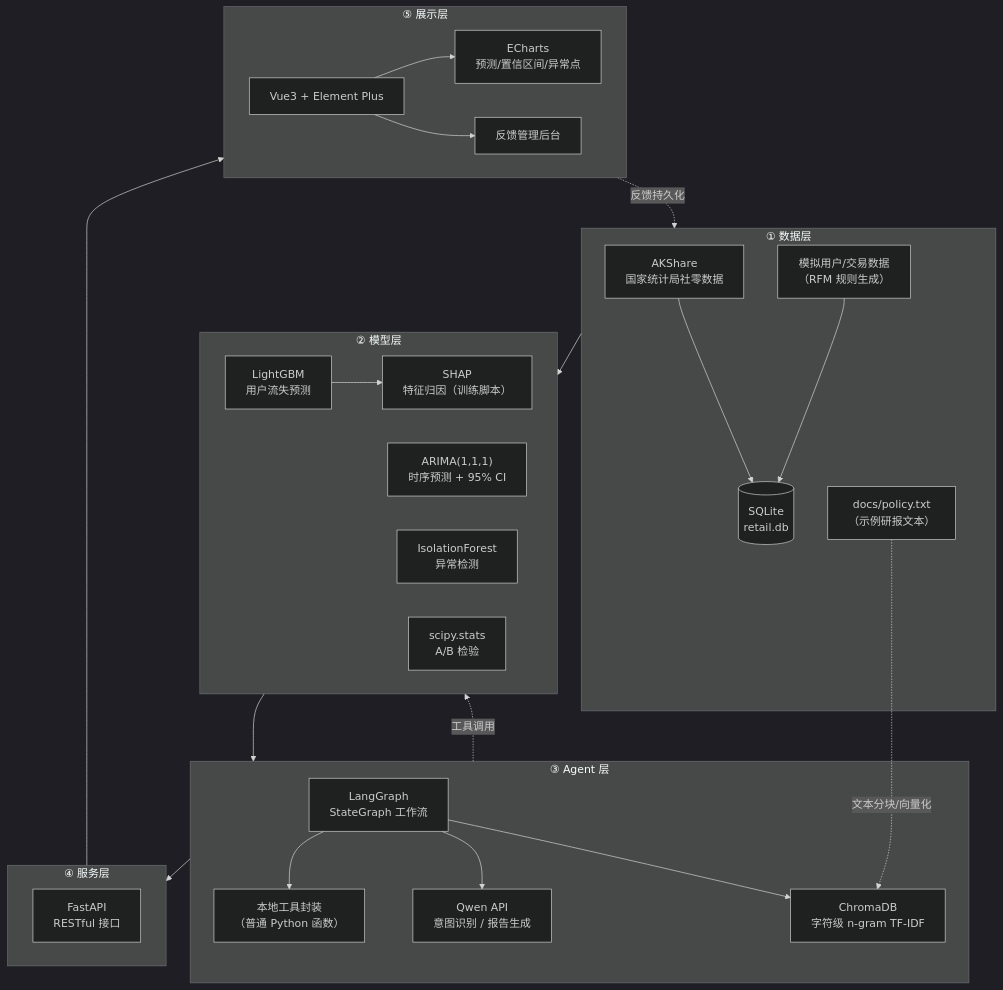
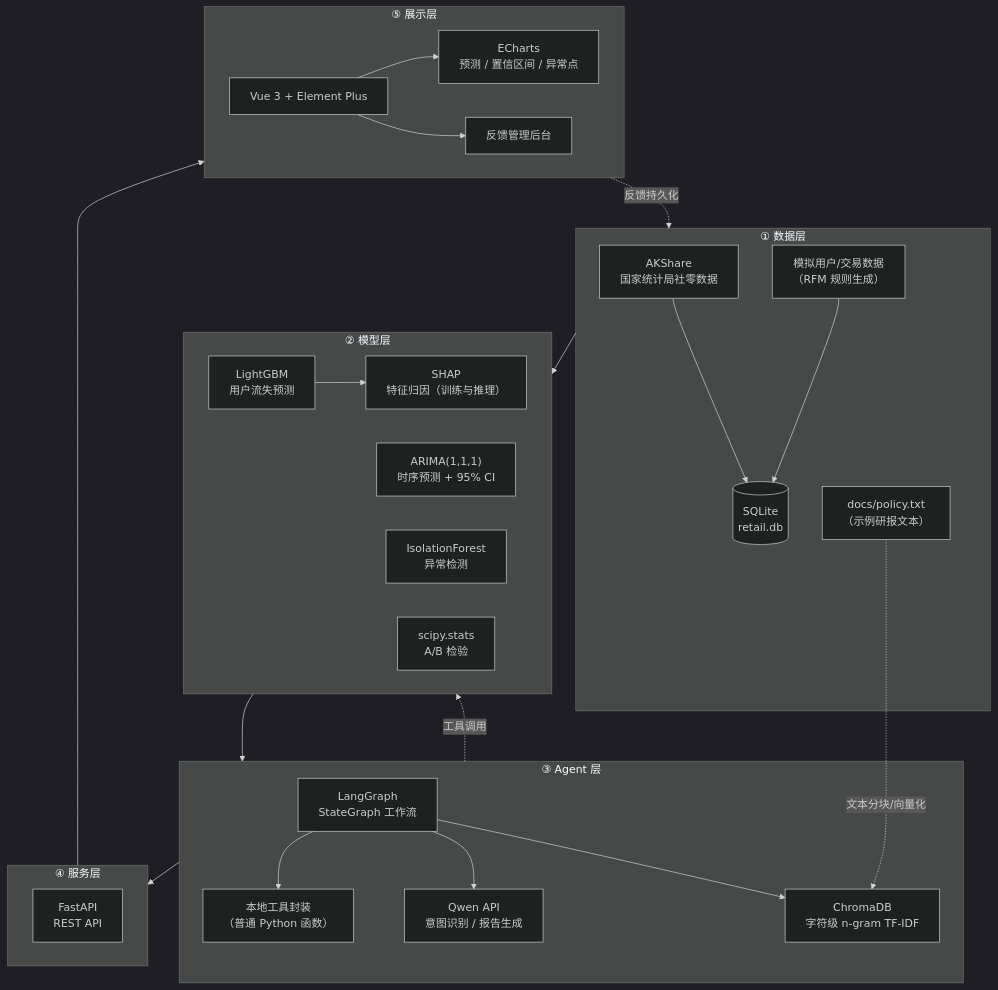
The diagram in README.md (renyj-create/Retail-Macro-Forecast-AI), drawn with Mermaid (dark theme) before and after one commit. The commit also changed other lines of this file, not shown here.

````diff
--- a/README.md
+++ b/README.md
@@ -108,47 +110,47 @@
 ```mermaid
 flowchart TB
     subgraph Data["① 数据层"]
         A1["AKShare<br/>国家统计局社零数据"]
         A2["模拟用户/交易数据<br/>（RFM 规则生成）"]
         A3[("SQLite<br/>retail.db")]
         A4["docs/policy.txt<br/>（示例研报文本）"]
         A1 --> A3
         A2 --> A3
     end
 
     subgraph Model["② 模型层"]
         B1["LightGBM<br/>用户流失预测"]
-        B2["SHAP<br/>特征归因（训练脚本）"]
+        B2["SHAP<br/>特征归因（训练与推理）"]
         B3["ARIMA(1,1,1)<br/>时序预测 + 95% CI"]
         B4["IsolationForest<br/>异常检测"]
         B5["scipy.stats<br/>A/B 检验"]
         B1 --> B2
     end
 
     subgraph Agent["③ Agent 层"]
         C1["LangGraph<br/>StateGraph 工作流"]
         C2["本地工具封装<br/>（普通 Python 函数）"]
         C3["Qwen API<br/>意图识别 / 报告生成"]
         C4["ChromaDB<br/>字符级 n-gram TF-IDF"]
         C1 --> C2
         C1 --> C3
         C1 --> C4
         A4 -. 文本分块/向量化 .-> C4
     end
 
     subgraph Serve["④ 服务层"]
-        D1["FastAPI<br/>RESTful 接口"]
+        D1["FastAPI<br/>REST API"]
     end
 
     subgraph Front["⑤ 展示层"]
-        E1["Vue3 + Element Plus"]
-        E2["ECharts<br/>预测/置信区间/异常点"]
+        E1["Vue 3 + Element Plus"]
+        E2["ECharts<br/>预测 / 置信区间 / 异常点"]
         E3["反馈管理后台"]
         E1 --> E2
         E1 --> E3
     end
 
     Data --> Model --> Agent --> Serve --> Front
     Agent -. 工具调用 .-> Model
     Front -. 反馈持久化 .-> Data
 ```
````
